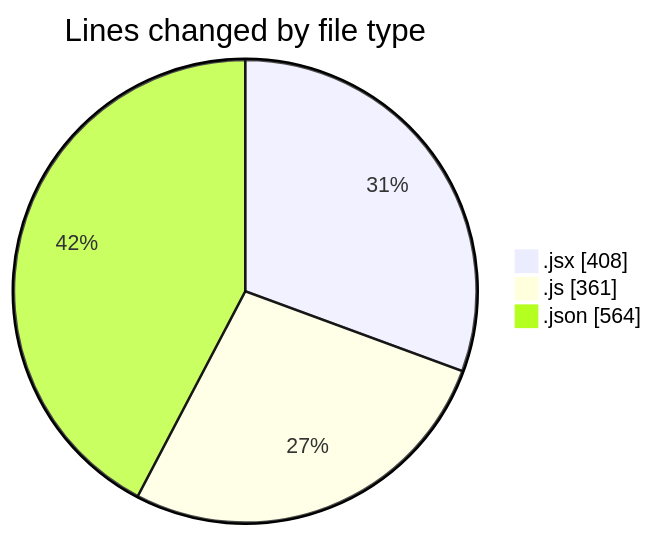
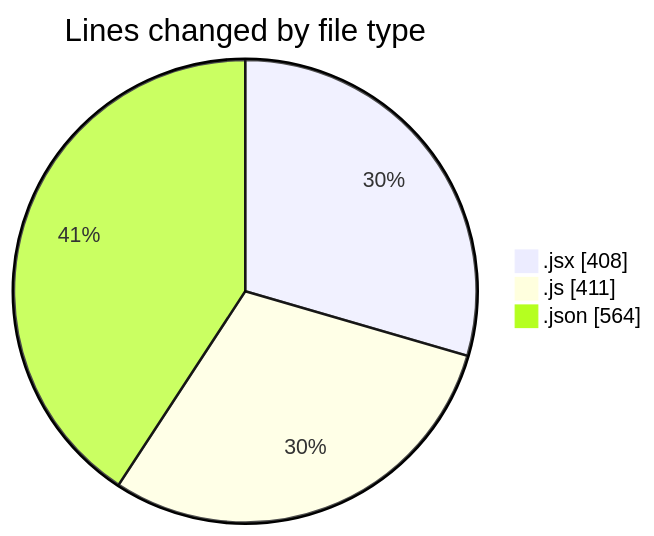
Before and after one commit to nxtqubesakshisongat/code-tracking: the first of 2 diagrams in 2025-06-27/nxtqube_webapp/README.md, drawn with Mermaid. The commit also changed other lines of this file and 1 other file, not shown here.

````diff
--- a/2025-06-27/nxtqube_webapp/README.md
+++ b/2025-06-27/nxtqube_webapp/README.md
@@ -22,7 +22,7 @@
 ```mermaid
 pie showData
 title Lines changed by file type
 ".jsx" : 408
-".js" : 361
+".js" : 411
 ".json" : 564
 ```
````
